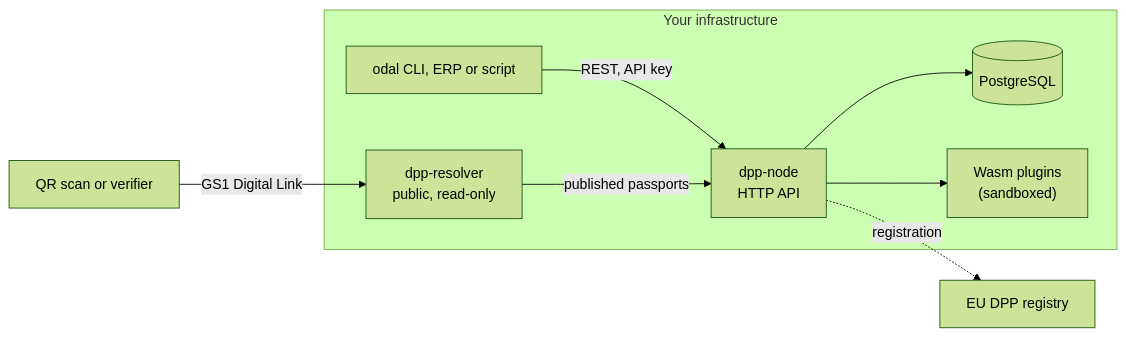
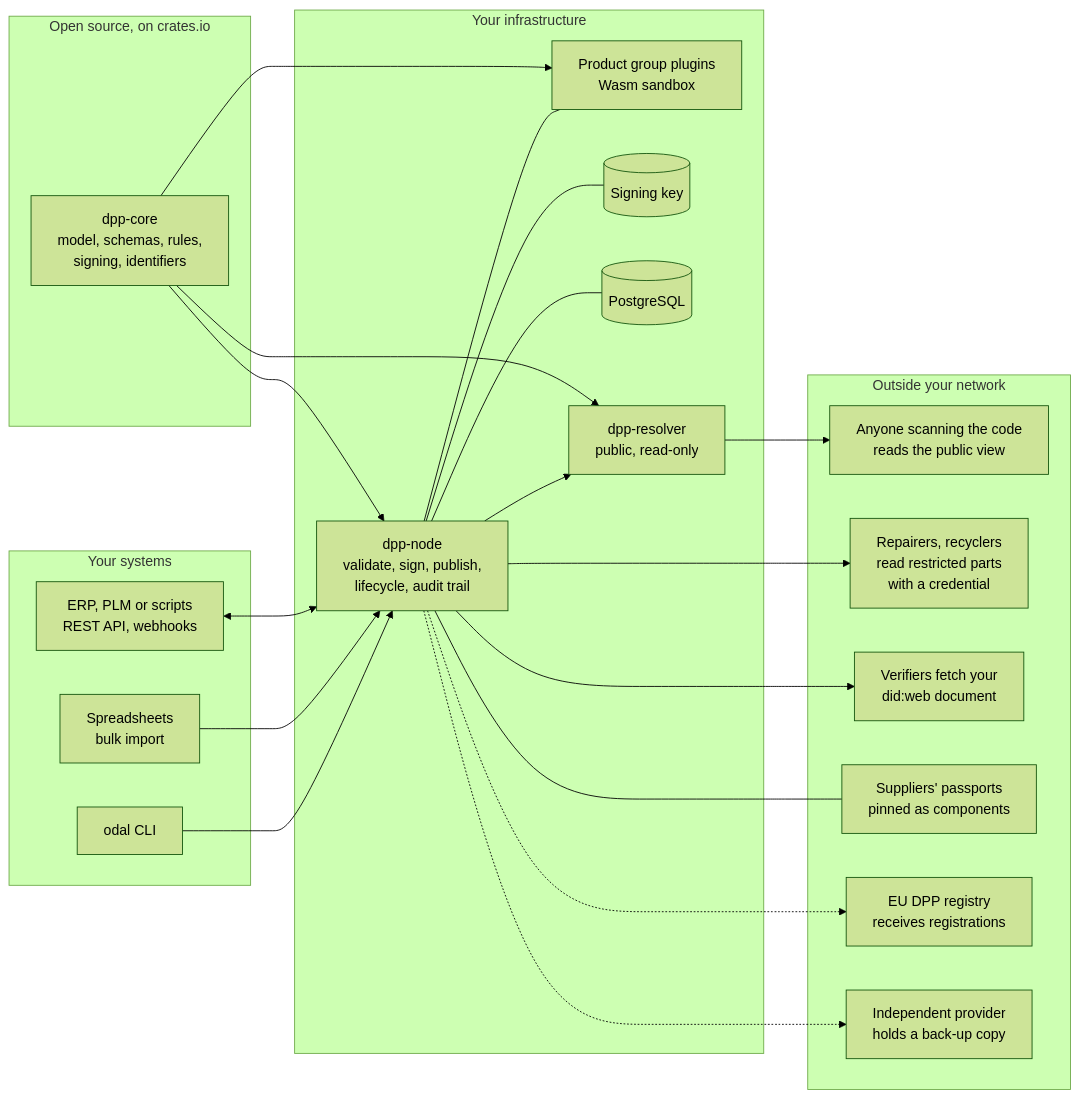
The diagram in profile/README.md (odal-node/.github), drawn with Mermaid (forest theme) before and after one commit. The commit also changed other lines of this file and 1 other file, not shown here.

Commit message:
docs: widen the profile's picture of the system

````diff
--- a/profile/README.md
+++ b/profile/README.md
@@ -28,11 +28,39 @@
 ```mermaid
 flowchart LR
+    subgraph oss["Open source, on crates.io"]
+        core["dpp-core<br/>model, schemas, rules,<br/>signing, identifiers"]
+    end
+
+    subgraph own["Your systems"]
+        erp["ERP, PLM or scripts<br/>REST API, webhooks"]
+        sheets["Spreadsheets<br/>bulk import"]
+        cli["odal CLI"]
+    end
+
     subgraph infra["Your infrastructure"]
-        client["odal CLI, ERP or script"] -->|"REST, API key"| node["dpp-node<br/>HTTP API"]
-        node --> pg[("PostgreSQL")]
-        node --> wasm["Wasm plugins<br/>(sandboxed)"]
-        resolver["dpp-resolver<br/>public, read-only"] -->|"published passports"| node
+        node["dpp-node<br/>validate, sign, publish,<br/>lifecycle, audit trail"]
+        plugins["Product group plugins<br/>Wasm sandbox"]
+        keys[("Signing key")]
+        pg[("PostgreSQL")]
+        resolver["dpp-resolver<br/>public, read-only"]
     end
-    scan["QR scan or verifier"] -->|"GS1 Digital Link"| resolver
-    node -.->|"registration"| registry["EU DPP registry"]
+
+    subgraph world["Outside your network"]
+        scan["Anyone scanning the code<br/>reads the public view"]
+        holder["Repairers, recyclers<br/>read restricted parts<br/>with a credential"]
+        verifier["Verifiers fetch your<br/>did:web document"]
+        supplier["Suppliers' passports<br/>pinned as components"]
+        registry["EU DPP registry<br/>receives registrations"]
+        backup["Independent provider<br/>holds a back-up copy"]
+    end
+
+    core --> node & resolver & plugins
+    erp <--> node
+    sheets --> node
+    cli --> node
+    node --- plugins & keys & pg
+    node --> resolver --> scan
+    node --> holder & verifier
+    node --- supplier
+    node -.-> registry & backup
 ```
````
